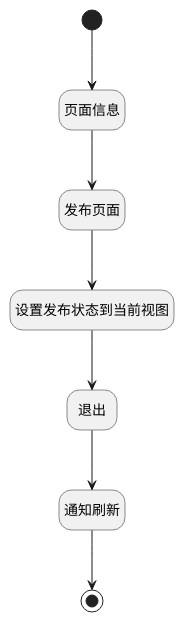
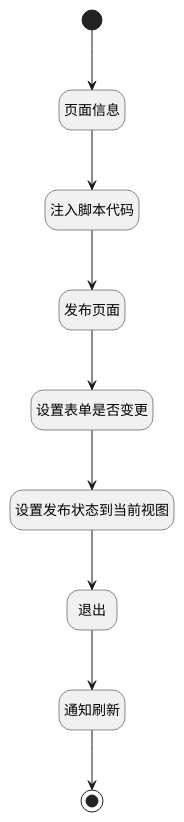
Before and after one commit to iBizLab/plm: the diagram in doc/docsify/module/Wiki/article_page/uilogic/save_notify_refresh.md, drawn with PlantUML. The commit also changed other lines of this file and 1276 other files, not shown here.

````diff
--- a/doc/docsify/module/Wiki/article_page/uilogic/save_notify_refresh.md
+++ b/doc/docsify/module/Wiki/article_page/uilogic/save_notify_refresh.md
@@ -7,29 +7,33 @@
 ```plantuml
 @startuml
 hide footbox
 <style>
 root {
   HyperlinkColor #42b983
 }
 </style>
 
 hide empty description
 state "开始" as Begin <<start>> [[$./save_notify_refresh#begin {开始}]]
+state "退出" as DEUIACTION2  [[$./save_notify_refresh#deuiaction2 {退出}]]
 state "发布页面" as DEACTION1  [[$./save_notify_refresh#deaction1 {发布页面}]]
+state "结束" as END1 <<end>> [[$./save_notify_refresh#end1 {结束}]]
+state "注入脚本代码" as RAWJSCODE2  [[$./save_notify_refresh#rawjscode2 {注入脚本代码}]]
+state "页面信息" as PREPAREJSPARAM1  [[$./save_notify_refresh#preparejsparam1 {页面信息}]]
+state "设置表单是否变更" as RAWJSCODE3  [[$./save_notify_refresh#rawjscode3 {设置表单是否变更}]]
+state "设置发布状态到当前视图" as PREPAREJSPARAM2  [[$./save_notify_refresh#preparejsparam2 {设置发布状态到当前视图}]]
 state "通知刷新" as RAWJSCODE1  [[$./save_notify_refresh#rawjscode1 {通知刷新}]]
-state "结束" as END1 <<end>> [[$./save_notify_refresh#end1 {结束}]]
-state "页面信息" as PREPAREJSPARAM1  [[$./save_notify_refresh#preparejsparam1 {页面信息}]]
-state "退出" as DEUIACTION2  [[$./save_notify_refresh#deuiaction2 {退出}]]
-state "设置发布状态到当前视图" as PREPAREJSPARAM2  [[$./save_notify_refresh#preparejsparam2 {设置发布状态到当前视图}]]
 
 
 Begin --> PREPAREJSPARAM1
-PREPAREJSPARAM1 --> DEACTION1
-DEACTION1 --> PREPAREJSPARAM2
+PREPAREJSPARAM1 --> RAWJSCODE2
+RAWJSCODE2 --> DEACTION1
+DEACTION1 --> RAWJSCODE3
+RAWJSCODE3 --> PREPAREJSPARAM2
 PREPAREJSPARAM2 --> DEUIACTION2
 DEUIACTION2 --> RAWJSCODE1
 RAWJSCODE1 --> END1
 
 
 @enduml
 ```
````
